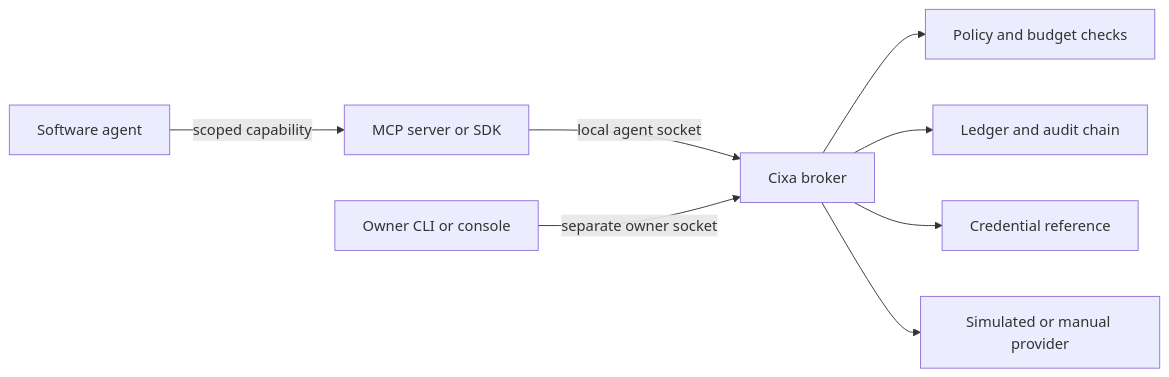
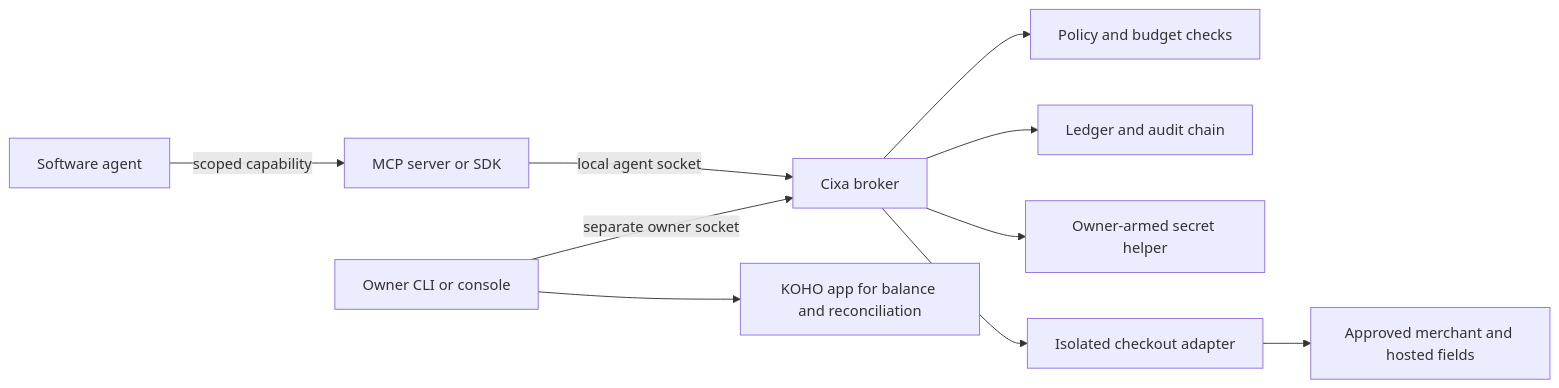
Before and after one commit to BedirT/cixa: the diagram in README.md, drawn with Mermaid. The commit also changed other lines of this file and 34 other files, not shown here.

````diff
--- a/README.md
+++ b/README.md
@@ -155,10 +191,12 @@
 ```mermaid
 flowchart LR
   A["Software agent"] -->|"scoped capability"| I["MCP server or SDK"]
   I -->|"local agent socket"| C["Cixa broker"]
   O["Owner CLI or console"] -->|"separate owner socket"| C
   C --> P["Policy and budget checks"]
   C --> L["Ledger and audit chain"]
-  C --> S["Credential reference"]
-  C --> X["Simulated or manual provider"]
+  C --> S["Owner-armed secret helper"]
+  C --> X["Isolated checkout adapter"]
+  X --> M["Approved merchant and hosted fields"]
+  O --> K["KOHO app for balance and reconciliation"]
 ```
````
